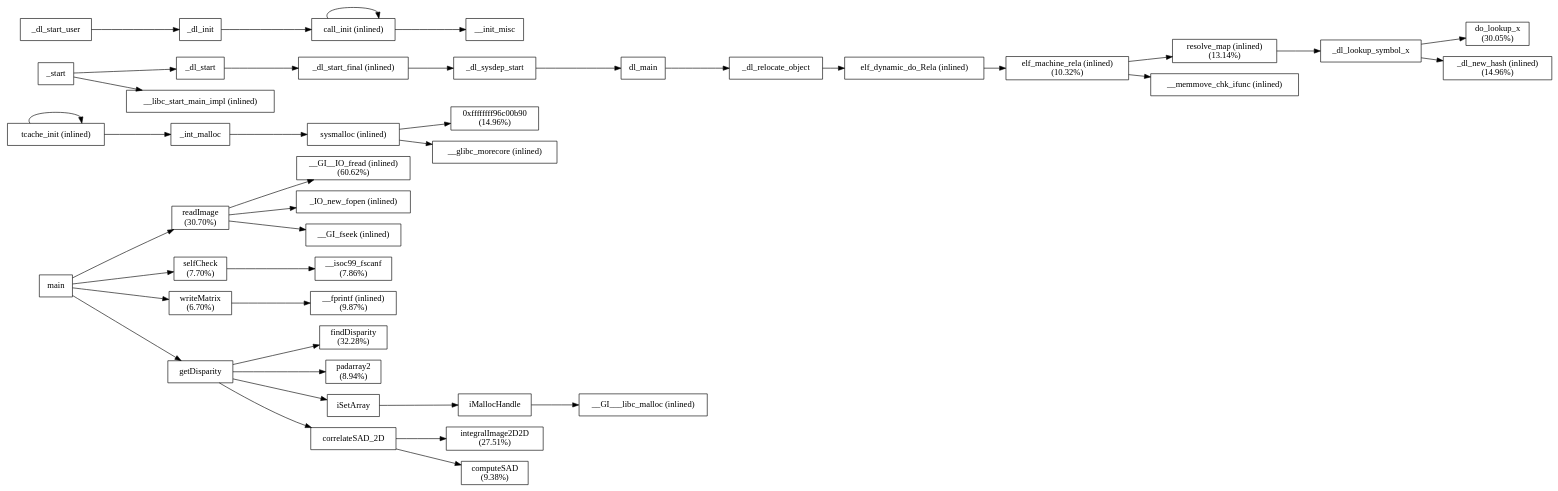
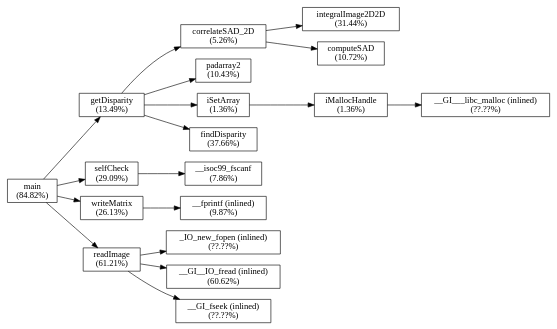
Before and after one commit to tiagolascasas/wonderland: the diagram in PerfTools/folded_callgraph.dot, drawn with Graphviz. The commit also changed 1 other file, not shown here.

Commit message:
perf2dotfile only generates the call graph starting at main()

```diff
--- a/PerfTools/folded_callgraph.dot
+++ b/PerfTools/folded_callgraph.dot
@@ -1,73 +1,57 @@
 digraph G {
   rankdir=LR;
   node [shape=box];
-  "__GI__IO_fread (inlined)" [label="__GI__IO_fread (inlined)
-(60.62%)"];
+  "main" [label="main
+(84.82%)"];
+  "main" -> "getDisparity";
+  "main" -> "selfCheck";
+  "main" -> "writeMatrix";
+  "main" -> "readImage";
+  "writeMatrix" [label="writeMatrix
+(26.13%)"];
+  "writeMatrix" -> "__fprintf (inlined)";
   "readImage" [label="readImage
-(30.70%)"];
-  "findDisparity" [label="findDisparity
-(32.28%)"];
-  "integralImage2D2D" [label="integralImage2D2D
-(27.51%)"];
-  "selfCheck" [label="selfCheck
-(7.70%)"];
-  "padarray2" [label="padarray2
-(8.94%)"];
-  "__fprintf (inlined)" [label="__fprintf (inlined)
-(9.87%)"];
-  "0xffffffff96c00b90" [label="0xffffffff96c00b90
-(14.96%)"];
-  "writeMatrix" [label="writeMatrix
-(6.70%)"];
-  "computeSAD" [label="computeSAD
-(9.38%)"];
-  "__isoc99_fscanf" [label="__isoc99_fscanf
-(7.86%)"];
-  "do_lookup_x" [label="do_lookup_x
-(30.05%)"];
-  "resolve_map (inlined)" [label="resolve_map (inlined)
-(13.14%)"];
-  "_dl_new_hash (inlined)" [label="_dl_new_hash (inlined)
-(14.96%)"];
-  "elf_machine_rela (inlined)" [label="elf_machine_rela (inlined)
-(10.32%)"];
-  "_start" -> "_dl_start";
-  "_start" -> "__libc_start_main_impl (inlined)";
-  "main" -> "selfCheck";
-  "main" -> "readImage";
-  "main" -> "getDisparity";
-  "main" -> "writeMatrix";
-  "selfCheck" -> "__isoc99_fscanf";
+(61.21%)"];
   "readImage" -> "_IO_new_fopen (inlined)";
   "readImage" -> "__GI__IO_fread (inlined)";
   "readImage" -> "__GI_fseek (inlined)";
-  "writeMatrix" -> "__fprintf (inlined)";
+  "selfCheck" [label="selfCheck
+(29.09%)"];
+  "selfCheck" -> "__isoc99_fscanf";
+  "getDisparity" [label="getDisparity
+(13.49%)"];
+  "getDisparity" -> "correlateSAD_2D";
   "getDisparity" -> "padarray2";
   "getDisparity" -> "iSetArray";
   "getDisparity" -> "findDisparity";
-  "getDisparity" -> "correlateSAD_2D";
+  "__fprintf (inlined)" [label="__fprintf (inlined)
+(9.87%)"];
+  "findDisparity" [label="findDisparity
+(37.66%)"];
+  "correlateSAD_2D" [label="correlateSAD_2D
+(5.26%)"];
+  "correlateSAD_2D" -> "integralImage2D2D";
   "correlateSAD_2D" -> "computeSAD";
-  "correlateSAD_2D" -> "integralImage2D2D";
+  "__GI__IO_fread (inlined)" [label="__GI__IO_fread (inlined)
+(60.62%)"];
+  "_IO_new_fopen (inlined)" [label="_IO_new_fopen (inlined)
+(??.??%)"];
+  "__GI_fseek (inlined)" [label="__GI_fseek (inlined)
+(??.??%)"];
+  "__isoc99_fscanf" [label="__isoc99_fscanf
+(7.86%)"];
+  "padarray2" [label="padarray2
+(10.43%)"];
+  "computeSAD" [label="computeSAD
+(10.72%)"];
+  "iSetArray" [label="iSetArray
+(1.36%)"];
   "iSetArray" -> "iMallocHandle";
+  "integralImage2D2D" [label="integralImage2D2D
+(31.44%)"];
+  "iMallocHandle" [label="iMallocHandle
+(1.36%)"];
   "iMallocHandle" -> "__GI___libc_malloc (inlined)";
-  "_int_malloc" -> "sysmalloc (inlined)";
-  "sysmalloc (inlined)" -> "0xffffffff96c00b90";
-  "sysmalloc (inlined)" -> "__glibc_morecore (inlined)";
-  "tcache_init (inlined)" -> "tcache_init (inlined)";
-  "tcache_init (inlined)" -> "_int_malloc";
-  "_dl_start" -> "_dl_start_final (inlined)";
-  "_dl_start_final (inlined)" -> "_dl_sysdep_start";
-  "_dl_sysdep_start" -> "dl_main";
-  "dl_main" -> "_dl_relocate_object";
-  "_dl_relocate_object" -> "elf_dynamic_do_Rela (inlined)";
-  "elf_dynamic_do_Rela (inlined)" -> "elf_machine_rela (inlined)";
-  "elf_machine_rela (inlined)" -> "__memmove_chk_ifunc (inlined)";
-  "elf_machine_rela (inlined)" -> "resolve_map (inlined)";
-  "resolve_map (inlined)" -> "_dl_lookup_symbol_x";
-  "_dl_lookup_symbol_x" -> "_dl_new_hash (inlined)";
-  "_dl_lookup_symbol_x" -> "do_lookup_x";
-  "_dl_start_user" -> "_dl_init";
-  "_dl_init" -> "call_init (inlined)";
-  "call_init (inlined)" -> "call_init (inlined)";
-  "call_init (inlined)" -> "__init_misc";
+  "__GI___libc_malloc (inlined)" [label="__GI___libc_malloc (inlined)
+(??.??%)"];
 }
```
